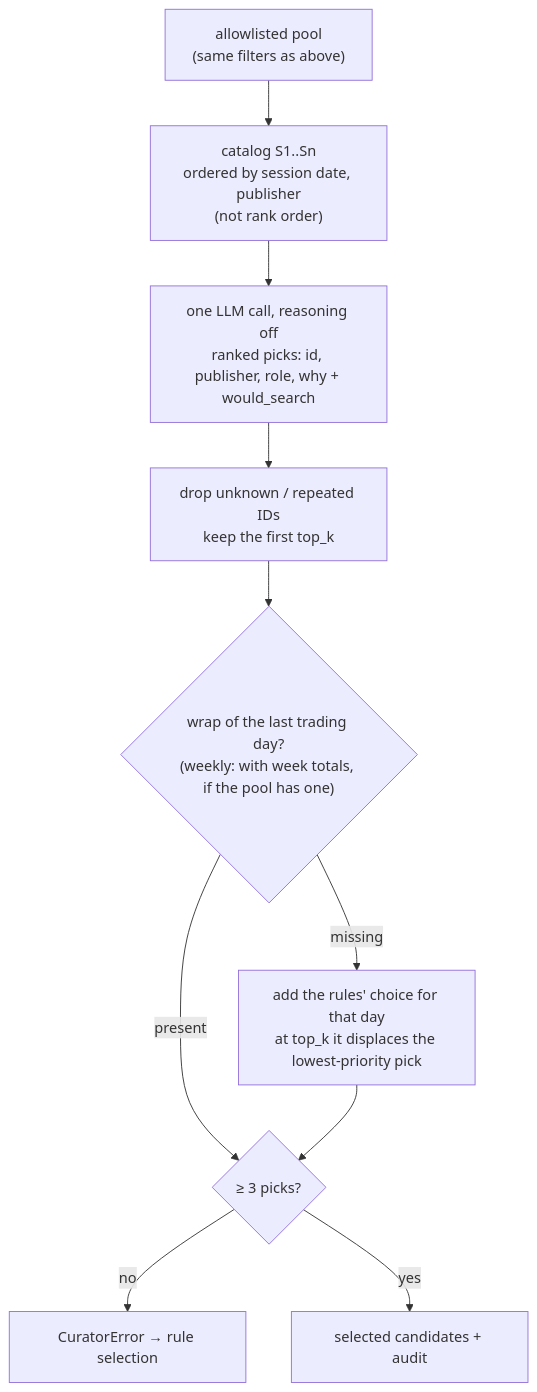
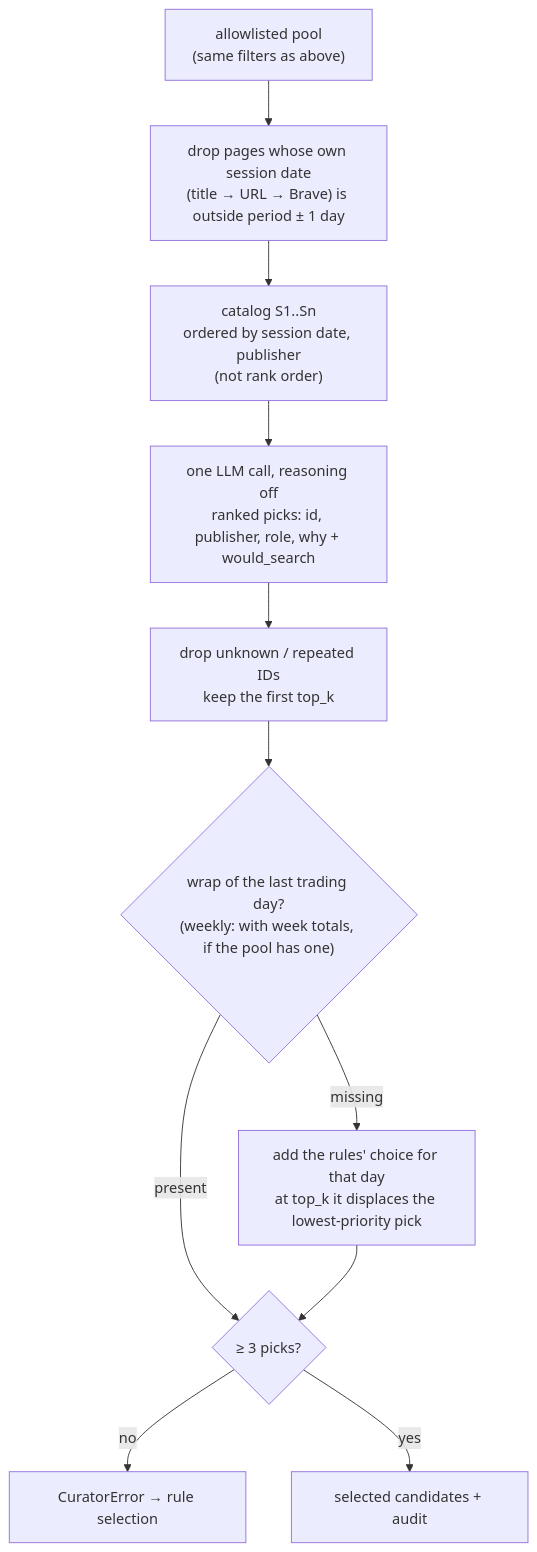
Before and after one commit to vinhlee95/stonkie_backend: the fourth of 4 diagrams in docs/market_recap_source_selection.md, drawn with Mermaid. The commit also changed other lines of this file and 2 other files, not shown here.

First line of the commit message:
fix(market-recap): drop pages dated outside the period before curating

````diff
--- a/docs/market_recap_source_selection.md
+++ b/docs/market_recap_source_selection.md
@@ -142,12 +142,13 @@
 ```mermaid
 flowchart TD
-    P["allowlisted pool<br/>(same filters as above)"] --> C["catalog S1..Sn<br/>ordered by session date, publisher<br/>(not rank order)"]
+    P["allowlisted pool<br/>(same filters as above)"] --> D["drop pages whose own session date<br/>(title → URL → Brave) is outside period ± 1 day"]
+    D --> C["catalog S1..Sn<br/>ordered by session date, publisher<br/>(not rank order)"]
     C --> A["one LLM call, reasoning off<br/>ranked picks: id, publisher, role, why + would_search"]
     A --> L["drop unknown / repeated IDs<br/>keep the first top_k"]
     L --> W{"wrap of the last trading day?<br/>(weekly: with week totals, if the pool has one)"}
     W -- missing --> X["add the rules' choice for that day<br/>at top_k it displaces the lowest-priority pick"]
     W -- present --> F
     X --> F{"≥ 3 picks?"}
     F -- no --> E["CuratorError → rule selection"]
     F -- yes --> O["selected candidates + audit"]
 ```
````
